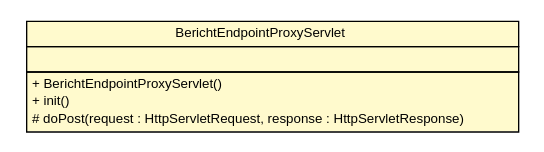
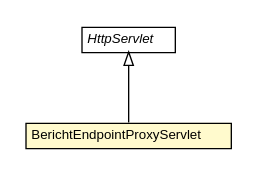
One commit to B3Partners/brmo changed the diagram in brmo-proxyservice/apidocs/nl/b3p/brmo/service/proxy/BerichtEndpointProxyServlet.dot. Above: the diagram before and after it, drawn with Graphviz. The commit also changed 70 other files, not shown here.

```diff
--- a/brmo-proxyservice/apidocs/nl/b3p/brmo/service/proxy/BerichtEndpointProxyServlet.dot
+++ b/brmo-proxyservice/apidocs/nl/b3p/brmo/service/proxy/BerichtEndpointProxyServlet.dot
@@ -1,26 +1,26 @@
 #!/usr/local/bin/dot
 #
 # Class diagram 
 # Generated by UMLGraph version R5_6-24-gf6e263 (http://www.umlgraph.org/)
 #
 
 digraph G {
 	edge [fontname="Helvetica",fontsize=10,labelfontname="Helvetica",labelfontsize=10];
 	node [fontname="Helvetica",fontsize=10,shape=plaintext];
 	nodesep=0.25;
 	ranksep=0.5;
 	// nl.b3p.brmo.service.proxy.BerichtEndpointProxyServlet
 	c10 [label=<<table title="nl.b3p.brmo.service.proxy.BerichtEndpointProxyServlet" border="0" cellborder="1" cellspacing="0" cellpadding="2" port="p" bgcolor="lemonChiffon" href="./BerichtEndpointProxyServlet.html">
 		<tr><td><table border="0" cellspacing="0" cellpadding="1">
 <tr><td align="center" balign="center"> BerichtEndpointProxyServlet </td></tr>
 		</table></td></tr>
+		</table>>, URL="./BerichtEndpointProxyServlet.html", fontname="Helvetica", fontcolor="black", fontsize=10.0];
+	//nl.b3p.brmo.service.proxy.BerichtEndpointProxyServlet extends javax.servlet.http.HttpServlet
+	c11:p -> c10:p [dir=back,arrowtail=empty];
+	// javax.servlet.http.HttpServlet
+	c11 [label=<<table title="javax.servlet.http.HttpServlet" border="0" cellborder="1" cellspacing="0" cellpadding="2" port="p">
 		<tr><td><table border="0" cellspacing="0" cellpadding="1">
-<tr><td align="left" balign="left">  </td></tr>
+<tr><td align="center" balign="center"><font face="Helvetica-Oblique"> HttpServlet </font></td></tr>
 		</table></td></tr>
-		<tr><td><table border="0" cellspacing="0" cellpadding="1">
-<tr><td align="left" balign="left"> + BerichtEndpointProxyServlet() </td></tr>
-<tr><td align="left" balign="left"> + init() </td></tr>
-<tr><td align="left" balign="left"> # doPost(request : HttpServletRequest, response : HttpServletResponse) </td></tr>
-		</table></td></tr>
-		</table>>, URL="./BerichtEndpointProxyServlet.html", fontname="Helvetica", fontcolor="black", fontsize=10.0];
+		</table>>, URL="null", fontname="Helvetica", fontcolor="black", fontsize=10.0];
 }
```
